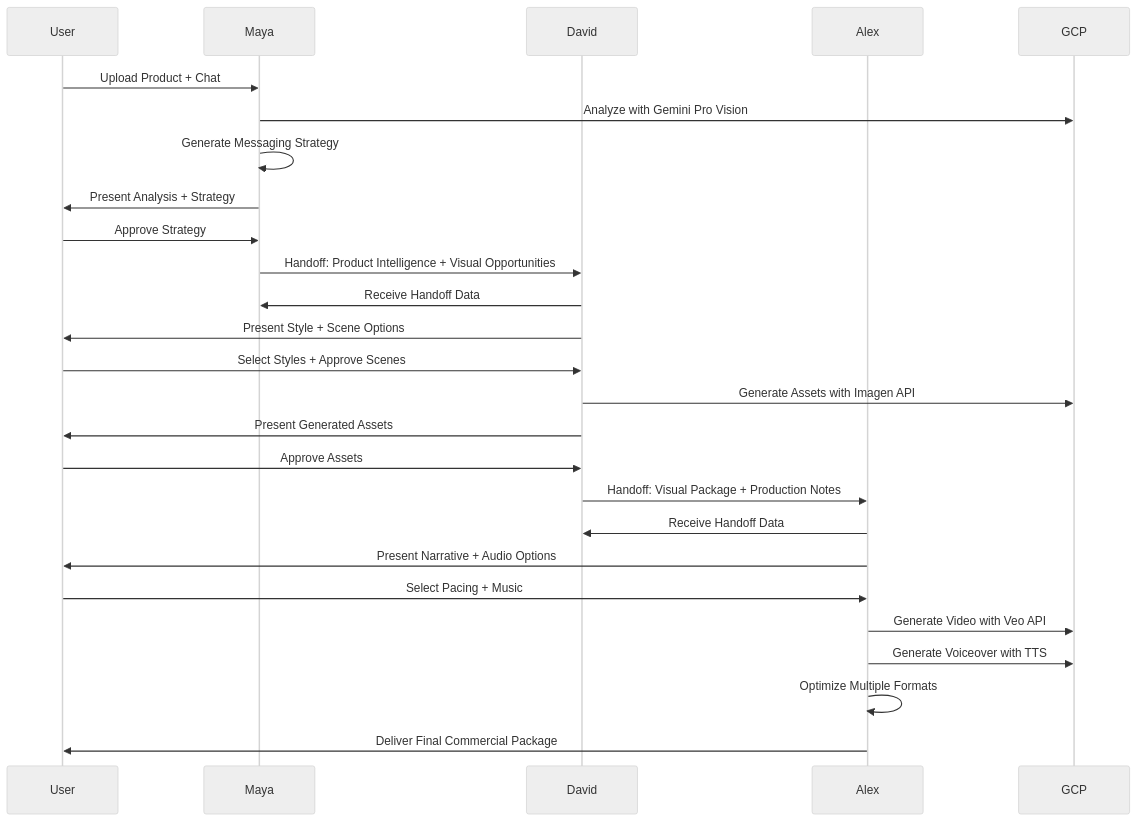
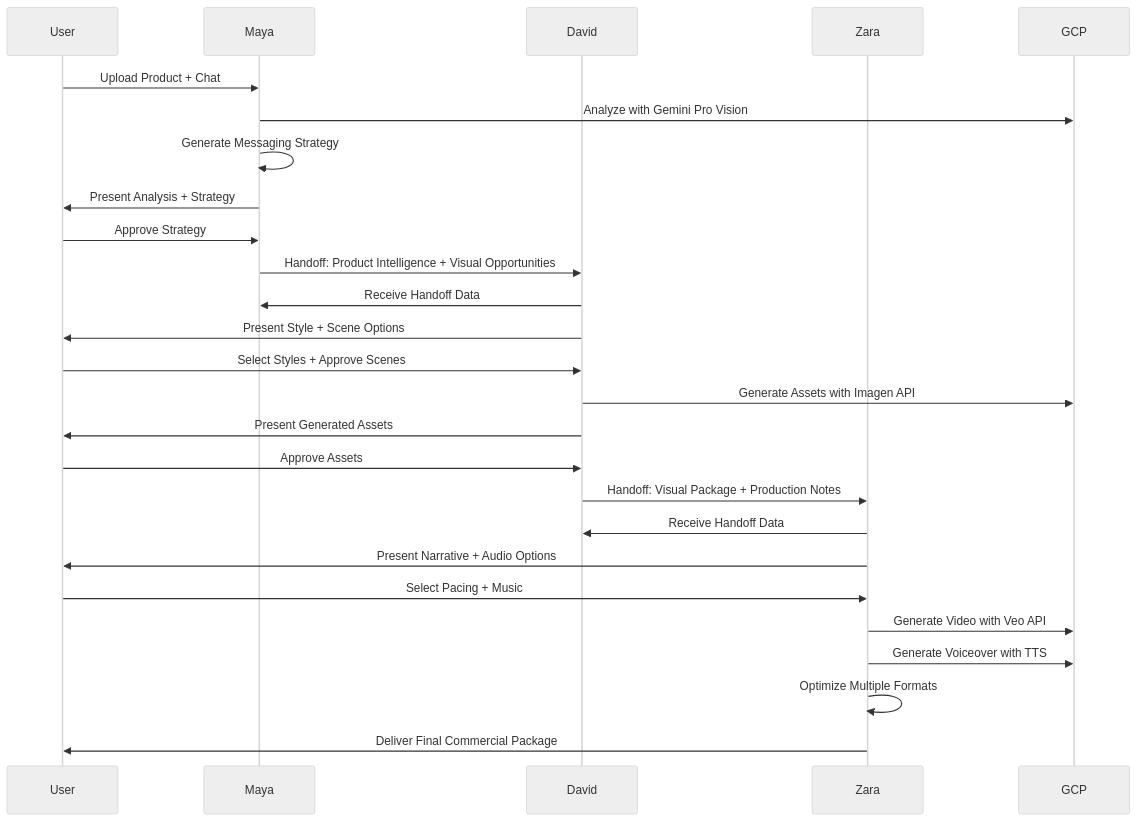
One commit to oharu121/adcraft-ai changed the second of 3 diagrams in specs/3-agent-architecture-migration/design.md. Above: the diagram before and after it, drawn with Mermaid (neutral theme). The commit also changed other lines of this file and 69 other files, not shown here.

Commit message:
finished zara persona & video producer UI

````diff
--- a/specs/3-agent-architecture-migration/design.md
+++ b/specs/3-agent-architecture-migration/design.md
@@ -1496,31 +1496,31 @@
 ```mermaid
 sequenceDiagram
     participant User
     participant Maya
     participant David
-    participant Alex
+    participant Zara
     participant GCP
 
     User->>Maya: Upload Product + Chat
     Maya->>GCP: Analyze with Gemini Pro Vision
     Maya->>Maya: Generate Messaging Strategy
     Maya->>User: Present Analysis + Strategy
     User->>Maya: Approve Strategy
     Maya->>David: Handoff: Product Intelligence + Visual Opportunities
 
     David->>Maya: Receive Handoff Data
     David->>User: Present Style + Scene Options
     User->>David: Select Styles + Approve Scenes
     David->>GCP: Generate Assets with Imagen API
     David->>User: Present Generated Assets
     User->>David: Approve Assets
-    David->>Alex: Handoff: Visual Package + Production Notes
+    David->>Zara: Handoff: Visual Package + Production Notes
 
-    Alex->>David: Receive Handoff Data
-    Alex->>User: Present Narrative + Audio Options
-    User->>Alex: Select Pacing + Music
-    Alex->>GCP: Generate Video with Veo API
-    Alex->>GCP: Generate Voiceover with TTS
-    Alex->>Alex: Optimize Multiple Formats
-    Alex->>User: Deliver Final Commercial Package
+    Zara->>David: Receive Handoff Data
+    Zara->>User: Present Narrative + Audio Options
+    User->>Zara: Select Pacing + Music
+    Zara->>GCP: Generate Video with Veo API
+    Zara->>GCP: Generate Voiceover with TTS
+    Zara->>Zara: Optimize Multiple Formats
+    Zara->>User: Deliver Final Commercial Package
 ```
````
